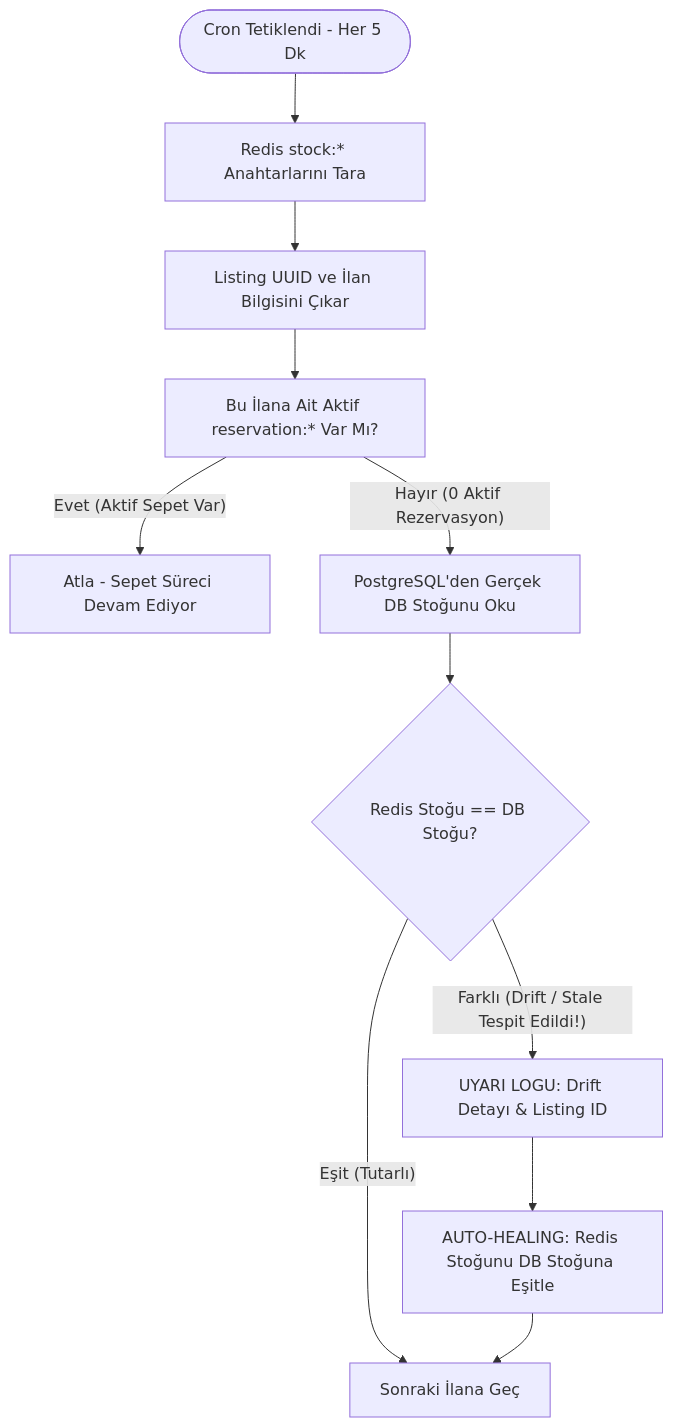
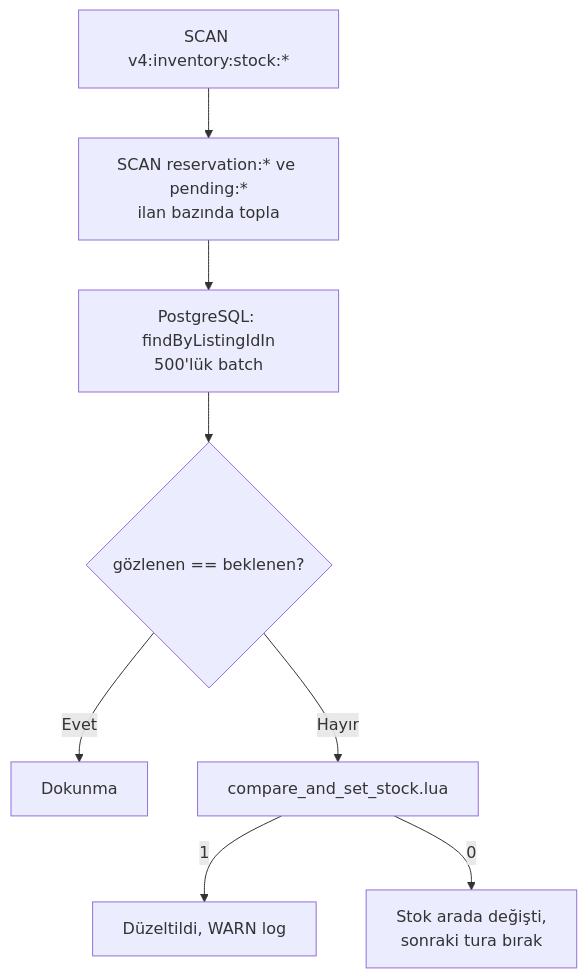
Before and after one commit to Shyesilbas/secondHand: the second of 2 diagrams in docs/stock-reservation-and-reconciliation.md, drawn with Mermaid. The commit also changed other lines of this file and 38 other files, not shown here.

Commit message:
docs, feat(frontend): update architectural documentation and refine frontend UI components

````diff
--- a/docs/stock-reservation-and-reconciliation.md
+++ b/docs/stock-reservation-and-reconciliation.md
@@ -23,15 +168,10 @@
 ```mermaid
 flowchart TD
-    Start([Cron Tetiklendi - Her 5 Dk]) --> ScanRedis[Redis stock:* Anahtarlarını Tara]
-    ScanRedis --> ExtractListing[Listing UUID ve İlan Bilgisini Çıkar]
-    ExtractListing --> CheckReservations[Bu İlana Ait Aktif reservation:* Var Mı?]
-    
-    CheckReservations -- "Evet (Aktif Sepet Var)" --> Skip[Atla - Sepet Süreci Devam Ediyor]
-    CheckReservations -- "Hayır (0 Aktif Rezervasyon)" --> FetchDB[PostgreSQL'den Gerçek DB Stoğunu Oku]
-    
-    FetchDB --> Compare{Redis Stoğu == DB Stoğu?}
-    Compare -- "Eşit (Tutarlı)" --> CleanNext[Sonraki İlana Geç]
-    Compare -- "Farklı (Drift / Stale Tespit Edildi!)" --> LogDrift[UYARI LOGU: Drift Detayı & Listing ID]
-    LogDrift --> AutoHeal[AUTO-HEALING: Redis Stoğunu DB Stoğuna Eşitle]
-    AutoHeal --> CleanNext
+    A[SCAN v4:inventory:stock:*] --> B[SCAN reservation:* ve pending:*<br/>ilan bazında topla]
+    B --> C[PostgreSQL: findByListingIdIn<br/>500'lük batch]
+    C --> D{gözlenen == beklenen?}
+    D -- Evet --> E[Dokunma]
+    D -- Hayır --> F[compare_and_set_stock.lua]
+    F -- 1 --> G[Düzeltildi, WARN log]
+    F -- 0 --> H[Stok arada değişti,<br/>sonraki tura bırak]
 ```
````
